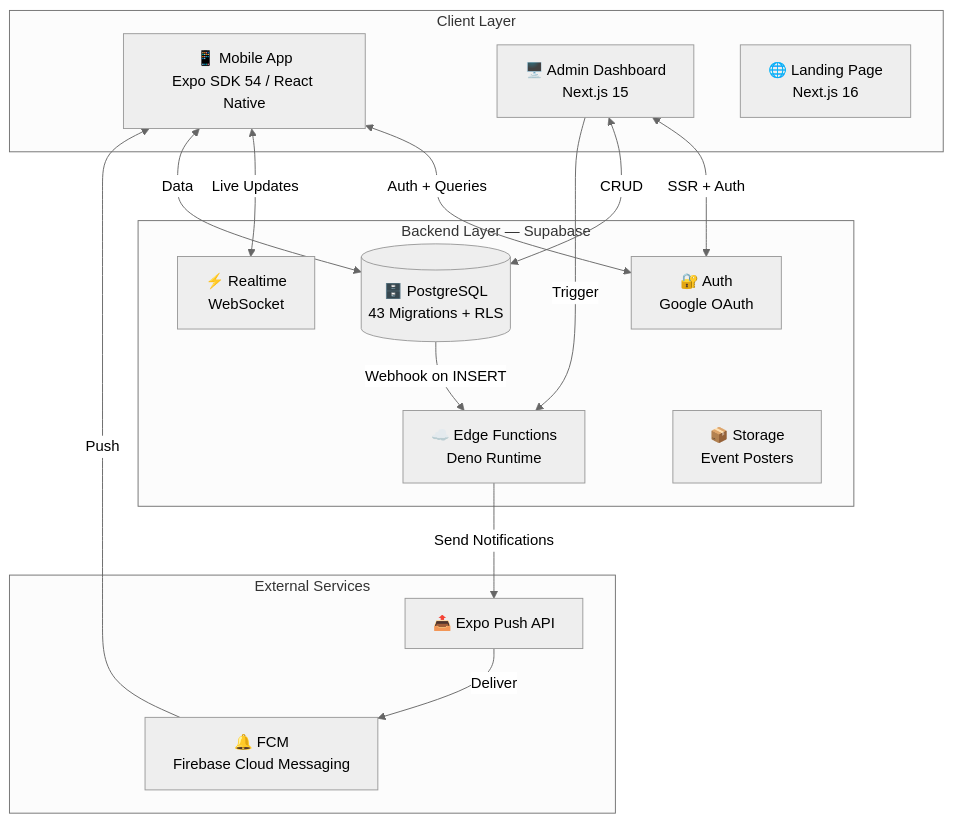
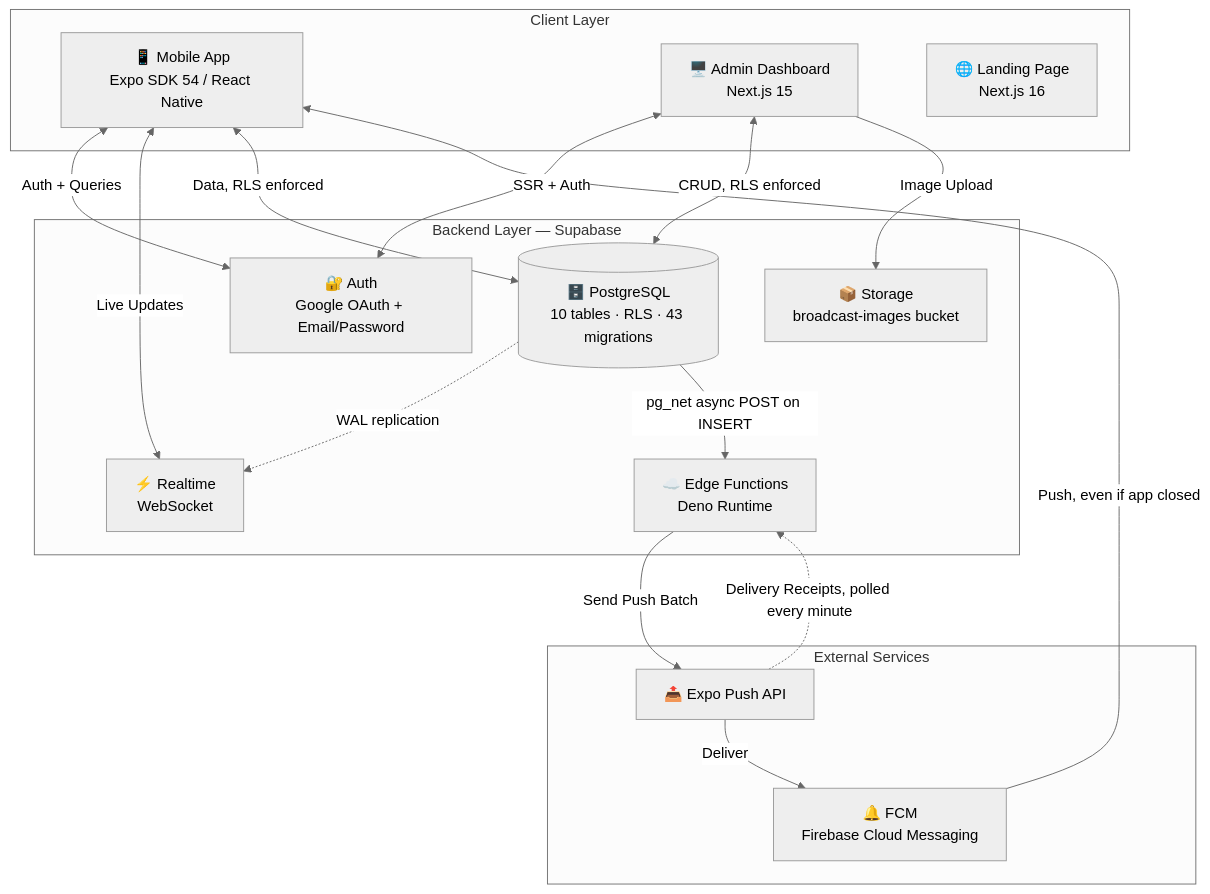
One commit to kxnn02/campus-currents changed the first of 4 diagrams in README.md. Above: the diagram before and after it, drawn with Mermaid (neutral theme). The commit also changed other lines of this file, not shown here.

````diff
--- a/README.md
+++ b/README.md
@@ -33,32 +33,34 @@
 ```mermaid
 graph TB
     subgraph Client["Client Layer"]
         MA[📱 Mobile App<br/>Expo SDK 54 / React Native]
         AD[🖥️ Admin Dashboard<br/>Next.js 15]
         WEB[🌐 Landing Page<br/>Next.js 16]
     end
 
     subgraph Backend["Backend Layer — Supabase"]
-        AUTH[🔐 Auth<br/>Google OAuth]
-        DB[(🗄️ PostgreSQL<br/>43 Migrations + RLS)]
+        AUTH[🔐 Auth<br/>Google OAuth + Email/Password]
+        DB[(🗄️ PostgreSQL<br/>10 tables · RLS · 43 migrations)]
         RT[⚡ Realtime<br/>WebSocket]
         EF[☁️ Edge Functions<br/>Deno Runtime]
-        ST[📦 Storage<br/>Event Posters]
+        ST[📦 Storage<br/>broadcast-images bucket]
     end
 
     subgraph External["External Services"]
         EXPO[📤 Expo Push API]
         FCM[🔔 FCM<br/>Firebase Cloud Messaging]
     end
 
     MA <-->|Auth + Queries| AUTH
     MA <-->|Live Updates| RT
-    MA <-->|Data| DB
+    MA <-->|Data, RLS enforced| DB
     AD <-->|SSR + Auth| AUTH
-    AD <-->|CRUD| DB
-    AD -->|Trigger| EF
-    EF -->|Send Notifications| EXPO
+    AD <-->|CRUD, RLS enforced| DB
+    AD -->|Image Upload| ST
+    DB -.->|WAL replication| RT
+    DB -->|pg_net async POST on INSERT| EF
+    EF -->|Send Push Batch| EXPO
+    EXPO -.->|Delivery Receipts, polled every minute| EF
     EXPO -->|Deliver| FCM
-    FCM -->|Push| MA
-    DB -->|Webhook on INSERT| EF
+    FCM -->|Push, even if app closed| MA
 ```
````
